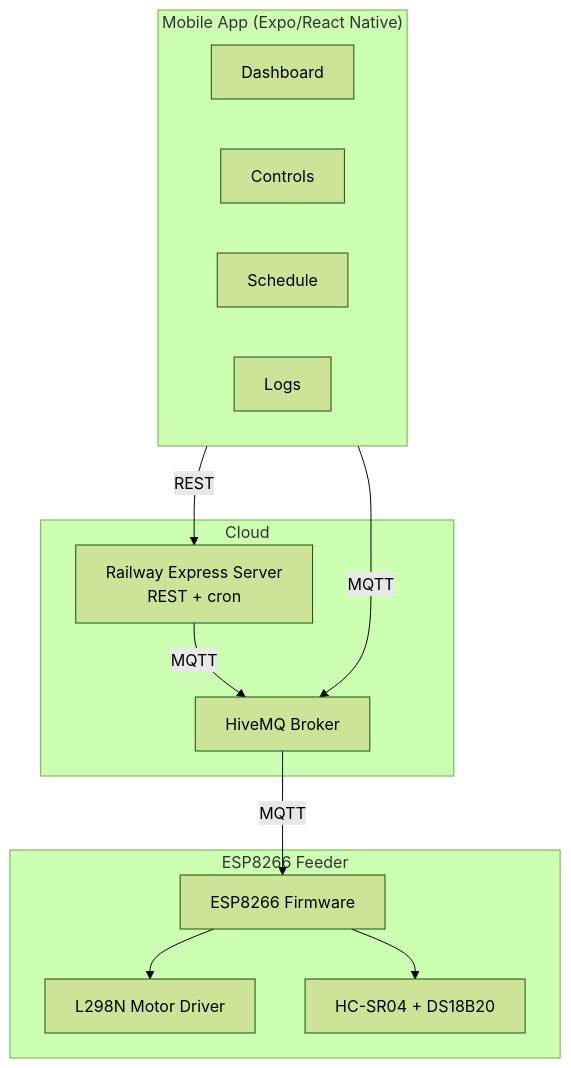
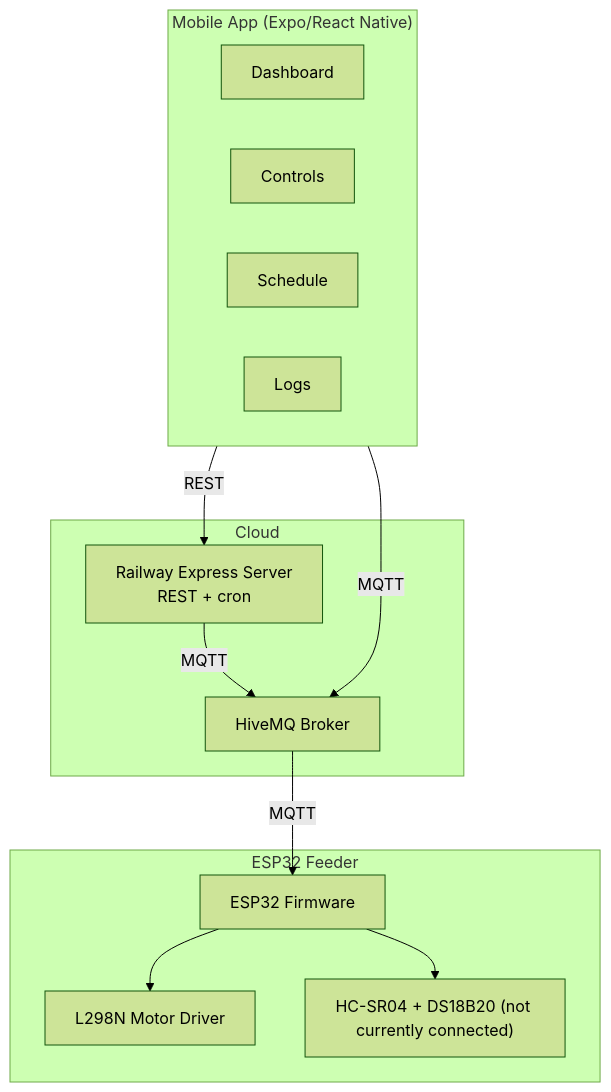
The diagram in README.md (Jezerwel/floyd-app), drawn with Mermaid (forest theme) before and after one commit. The commit also changed other lines of this file and 14 other files, not shown here.

````diff
--- a/README.md
+++ b/README.md
@@ -23,24 +23,24 @@
 ```mermaid
 graph TB
     subgraph Mobile["Mobile App (Expo/React Native)"]
         Dashboard
         Controls
         Schedule
         Logs
     end
     subgraph Cloud["Cloud"]
         MQTT["HiveMQ Broker"]
         API["Railway Express Server<br/>REST + cron"]
     end
-    subgraph Hardware["ESP8266 Feeder"]
-        FW["ESP8266 Firmware"]
+    subgraph Hardware["ESP32 Feeder"]
+        FW["ESP32 Firmware"]
         L298N["L298N Motor Driver"]
-        SENSORS["HC-SR04 + DS18B20"]
+        SENSORS["HC-SR04 + DS18B20 (not currently connected)"]
     end
     Mobile -- MQTT --> MQTT
     Mobile -- REST --> API
     API -- MQTT --> MQTT
     MQTT -- MQTT --> FW
     FW --> L298N
     FW --> SENSORS
 ```
````
